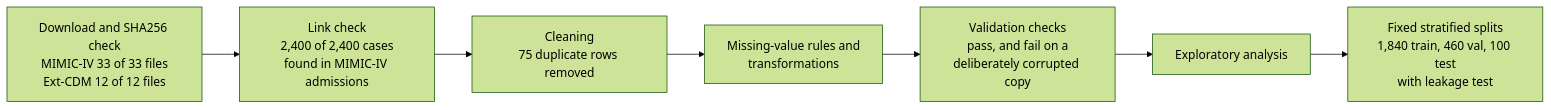
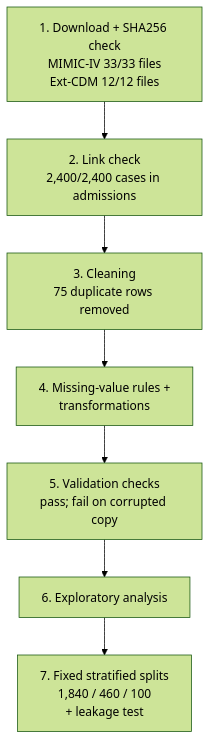
Before and after one commit to Akashkumarsenthil/Clinical-Discharge-Treatment-Plan-Verification: the second of 3 diagrams in README.md, drawn with Mermaid (forest theme). The commit also changed other lines of this file, not shown here.

Commit message:
README: make diagrams vertical so they fit the page width

````diff
--- a/README.md
+++ b/README.md
@@ -59,9 +59,11 @@
 ```mermaid
-flowchart LR
-    S["Download and SHA256 check<br/>MIMIC-IV 33 of 33 files<br/>Ext-CDM 12 of 12 files"] --> L["Link check<br/>2,400 of 2,400 cases<br/>found in MIMIC-IV admissions"]
-    L --> C["Cleaning<br/>75 duplicate rows removed"]
-    C --> M["Missing-value rules and<br/>transformations"]
-    M --> V["Validation checks<br/>pass, and fail on a<br/>deliberately corrupted copy"]
-    V --> E["Exploratory analysis"]
-    E --> P["Fixed stratified splits<br/>1,840 train, 460 val, 100 test<br/>with leakage test"]
+flowchart TD
+    S1["1. Download + SHA256 check<br/>MIMIC-IV 33/33 files<br/>Ext-CDM 12/12 files"]
+    S2["2. Link check<br/>2,400/2,400 cases in admissions"]
+    S3["3. Cleaning<br/>75 duplicate rows removed"]
+    S4["4. Missing-value rules +<br/>transformations"]
+    S5["5. Validation checks<br/>pass; fail on corrupted copy"]
+    S6["6. Exploratory analysis"]
+    S7["7. Fixed stratified splits<br/>1,840 / 460 / 100<br/>+ leakage test"]
+    S1 --> S2 --> S3 --> S4 --> S5 --> S6 --> S7
 ```
````
